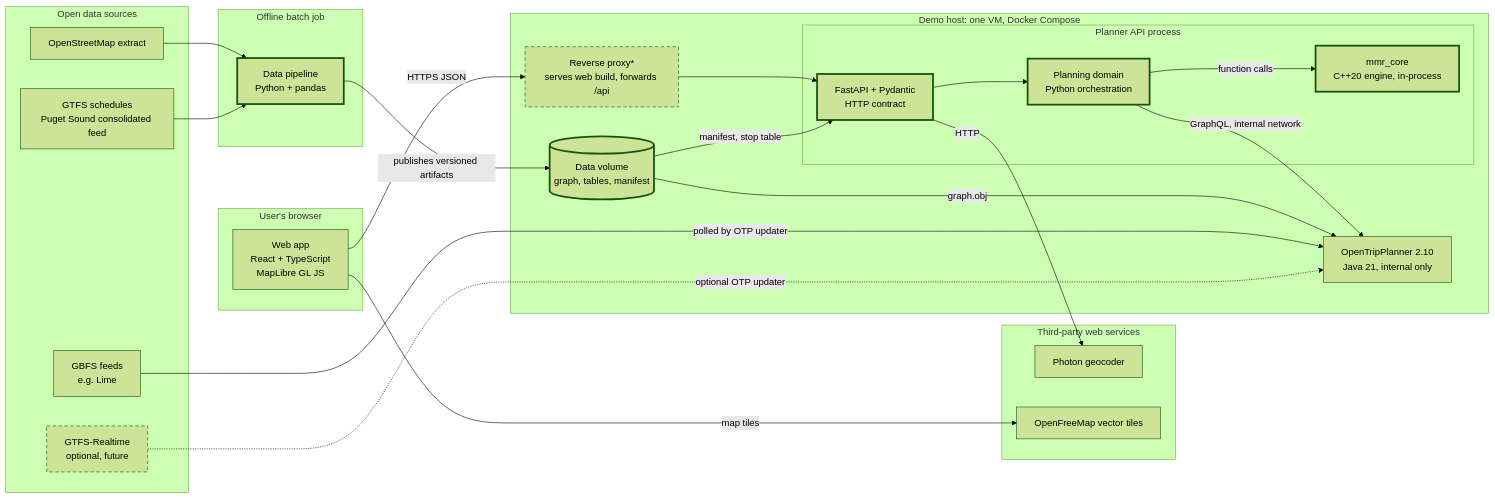
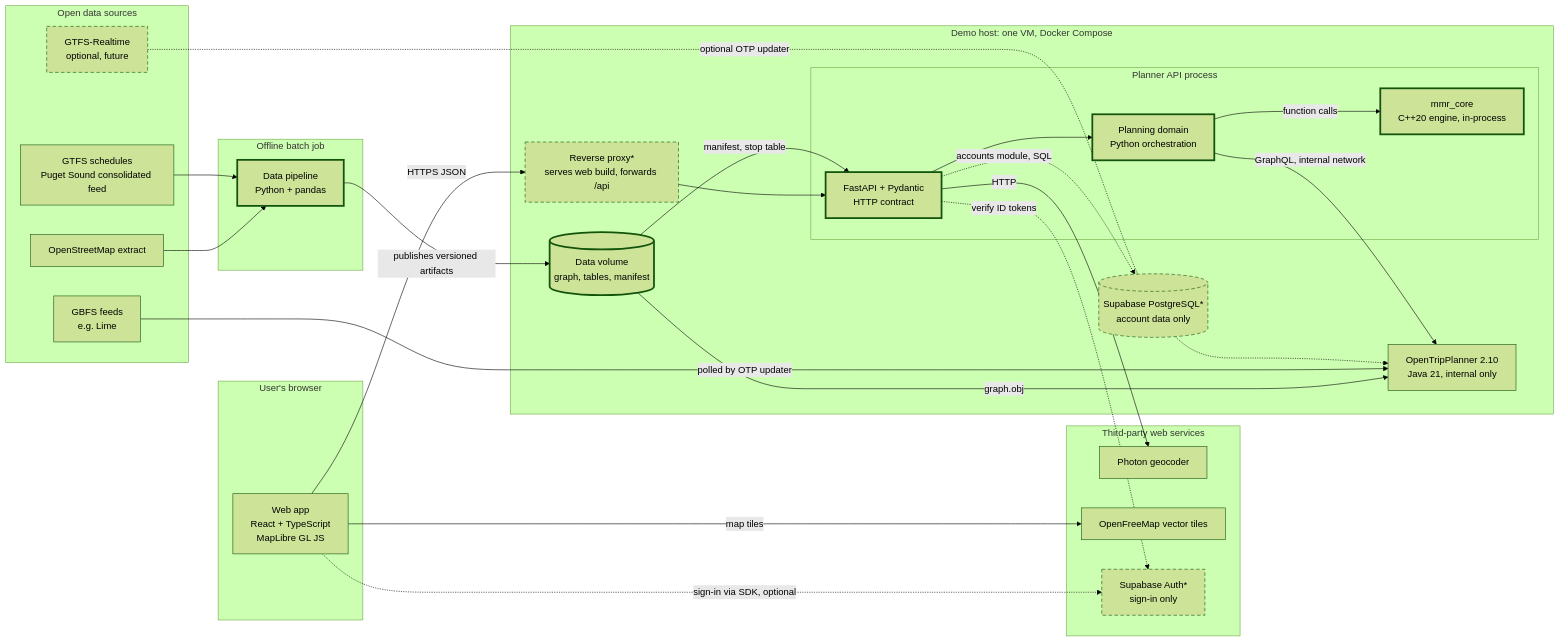
Before and after one commit to shsu00/Multimodal-Map: the first of 6 diagrams in docs/architecture.md, drawn with Mermaid (forest theme). The commit also changed other lines of this file and 111 other files, not shown here.

````diff
--- a/docs/architecture.md
+++ b/docs/architecture.md
@@ -47,53 +49,58 @@
 ```mermaid
 flowchart LR
   subgraph SRC["Open data sources"]
     osm["OpenStreetMap extract"]
     gtfs["GTFS schedules<br/>Puget Sound consolidated feed"]
     gbfs["GBFS feeds<br/>e.g. Lime"]
     gtfsrt["GTFS-Realtime<br/>optional, future"]
   end
 
   subgraph SVC["Third-party web services"]
     photon["Photon geocoder"]
     tiles["OpenFreeMap vector tiles"]
+    fbauth["Supabase Auth*<br/>sign-in only"]
   end
 
   subgraph BROWSER["User's browser"]
     web["Web app<br/>React + TypeScript<br/>MapLibre GL JS"]
   end
 
   subgraph HOST["Demo host: one VM, Docker Compose"]
     proxy["Reverse proxy*<br/>serves web build, forwards /api"]
     subgraph APIPROC["Planner API process"]
       api["FastAPI + Pydantic<br/>HTTP contract"]
       domain["Planning domain<br/>Python orchestration"]
       core["mmr_core<br/>C++20 engine, in-process"]
     end
     otp["OpenTripPlanner 2.10<br/>Java 21, internal only"]
     vol[("Data volume<br/>graph, tables, manifest")]
+    db[("Supabase PostgreSQL*<br/>account data only")]
   end
 
   subgraph BATCH["Offline batch job"]
     pipe["Data pipeline<br/>Python + pandas"]
   end
 
   web -->|"HTTPS JSON"| proxy
   proxy --> api
   web -->|"map tiles"| tiles
+  web -.->|"sign-in via SDK, optional"| fbauth
+  api -.->|"verify ID tokens"| fbauth
+  api -.->|"accounts module, SQL"| db
   api --> domain
   domain -->|"function calls"| core
   domain -->|"GraphQL, internal network"| otp
   api -->|"HTTP"| photon
   osm --> pipe
   gtfs --> pipe
   pipe -->|"publishes versioned artifacts"| vol
   vol -->|"graph.obj"| otp
   vol -->|"manifest, stop table"| api
   gbfs -->|"polled by OTP updater"| otp
   gtfsrt -.->|"optional OTP updater"| otp
 
   classDef planned stroke-dasharray: 6 4
   classDef changed stroke-width: 3px
-  class proxy,gtfsrt planned
+  class proxy,gtfsrt,fbauth,db planned
   class api,domain,core,vol,pipe changed
 ```
````
